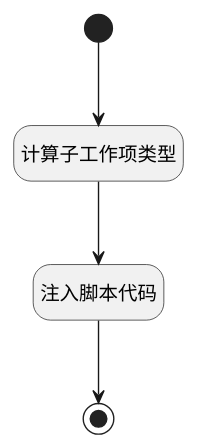
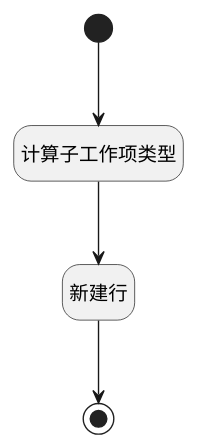
The diagram in doc/docsify/module/ProjMgmt/work_item/uilogic/newrow_test.md (iBizLab/plm), drawn with PlantUML before and after one commit. The commit also changed other lines of this file and 1778 other files, not shown here.

````diff
--- a/doc/docsify/module/ProjMgmt/work_item/uilogic/newrow_test.md
+++ b/doc/docsify/module/ProjMgmt/work_item/uilogic/newrow_test.md
@@ -7,23 +7,23 @@
 ```plantuml
 @startuml
 hide footbox
 <style>
 root {
   HyperlinkColor #42b983
 }
 </style>
 
 hide empty description
 state "开始" as Begin <<start>> [[$./newrow_test#begin {开始}]]
 state "计算子工作项类型" as DEUIACTION1  [[$./newrow_test#deuiaction1 {计算子工作项类型}]]
+state "新建行" as RAWJSCODE1  [[$./newrow_test#rawjscode1 {新建行}]]
 state "结束" as END1 <<end>> [[$./newrow_test#end1 {结束}]]
-state "注入脚本代码" as RAWJSCODE1  [[$./newrow_test#rawjscode1 {注入脚本代码}]]
 
 
 Begin --> DEUIACTION1
 DEUIACTION1 --> RAWJSCODE1
 RAWJSCODE1 --> END1
 
 
 @enduml
 ```
````
